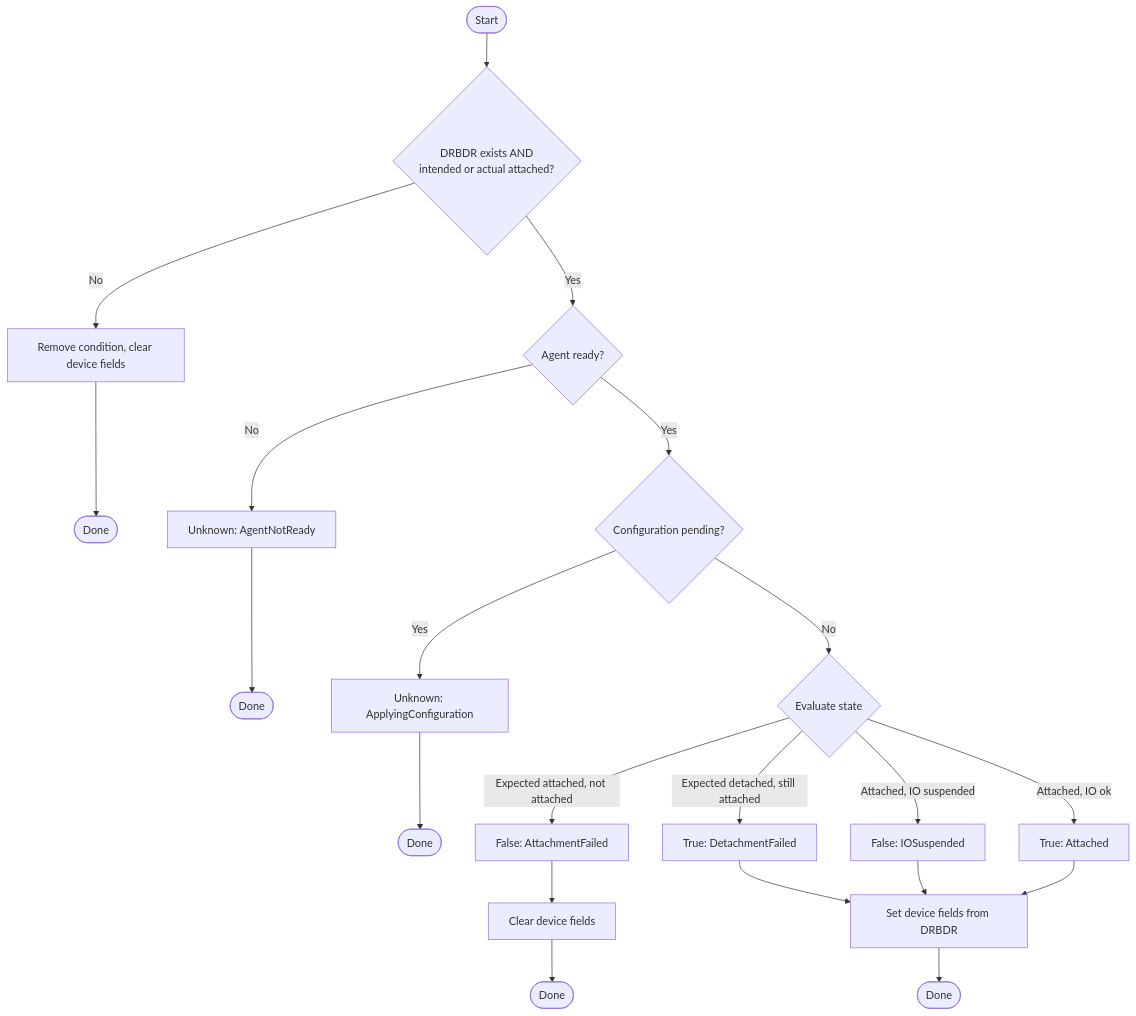
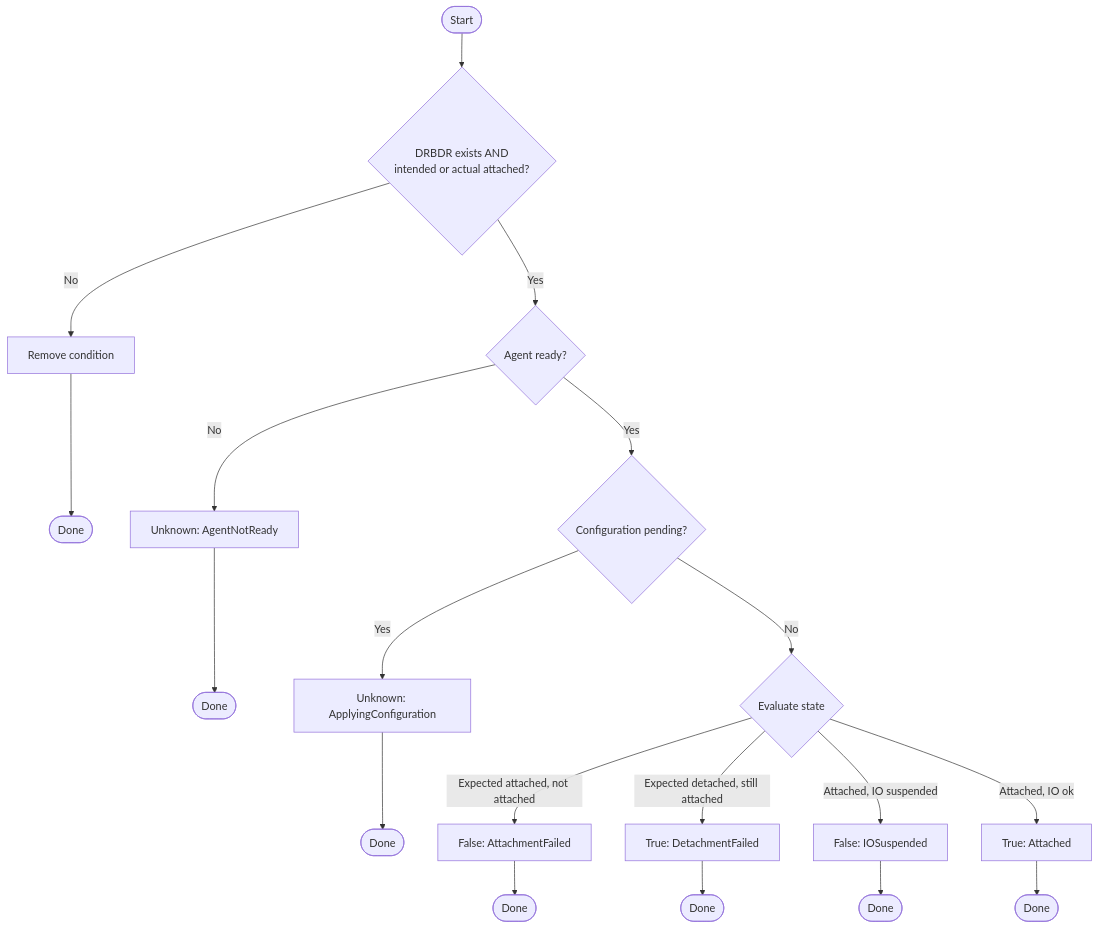
Before and after one commit to deckhouse/sds-replicated-volume: the seventh of 13 diagrams in images/controller/internal/controllers/rvr_controller/README.md, drawn with Mermaid. The commit also changed other lines of this file and 6 other files, not shown here.

````diff
--- a/images/controller/internal/controllers/rvr_controller/README.md
+++ b/images/controller/internal/controllers/rvr_controller/README.md
@@ -714,29 +755,26 @@
 ```mermaid
 flowchart TD
     Start([Start]) --> CheckRelevant{DRBDR exists AND<br/>intended or actual attached?}
-    CheckRelevant -->|No| RemoveAll[Remove condition, clear device fields]
-    RemoveAll --> End1([Done])
+    CheckRelevant -->|No| RemoveCond[Remove condition]
+    RemoveCond --> End1([Done])
 
     CheckRelevant -->|Yes| CheckAgent{Agent ready?}
     CheckAgent -->|No| SetUnknown1[Unknown: AgentNotReady]
     SetUnknown1 --> End2([Done])
 
     CheckAgent -->|Yes| CheckPending{Configuration pending?}
     CheckPending -->|Yes| SetUnknown2[Unknown: ApplyingConfiguration]
     SetUnknown2 --> End3([Done])
 
     CheckPending -->|No| EvalState{Evaluate state}
 
     EvalState -->|Expected attached, not attached| SetFalse1[False: AttachmentFailed]
     EvalState -->|Expected detached, still attached| SetTrue1[True: DetachmentFailed]
     EvalState -->|Attached, IO suspended| SetFalse2[False: IOSuspended]
     EvalState -->|Attached, IO ok| SetTrue2[True: Attached]
 
-    SetFalse1 --> UpdateFields1[Clear device fields]
-    SetTrue1 --> UpdateFields2[Set device fields from DRBDR]
-    SetFalse2 --> UpdateFields2
-    SetTrue2 --> UpdateFields2
-
-    UpdateFields1 --> End4([Done])
-    UpdateFields2 --> End5([Done])
+    SetFalse1 --> End4([Done])
+    SetTrue1 --> End5([Done])
+    SetFalse2 --> End6([Done])
+    SetTrue2 --> End7([Done])
 ```
````
